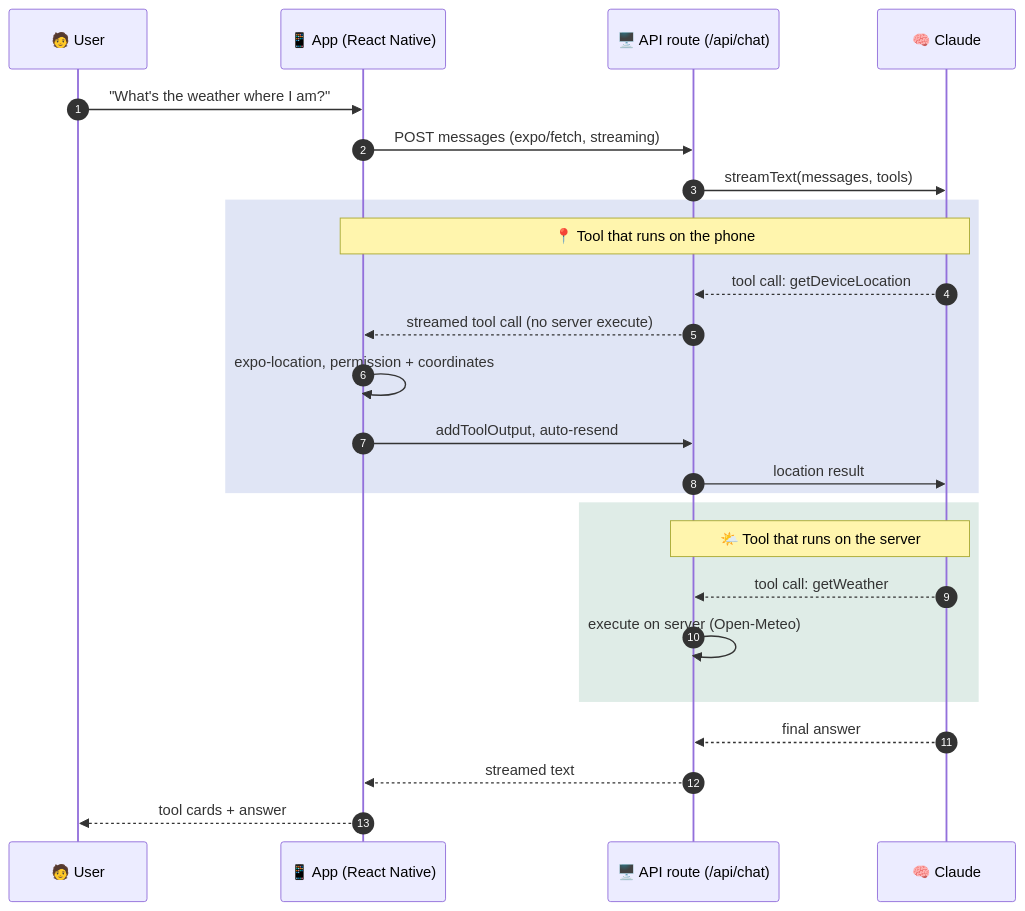
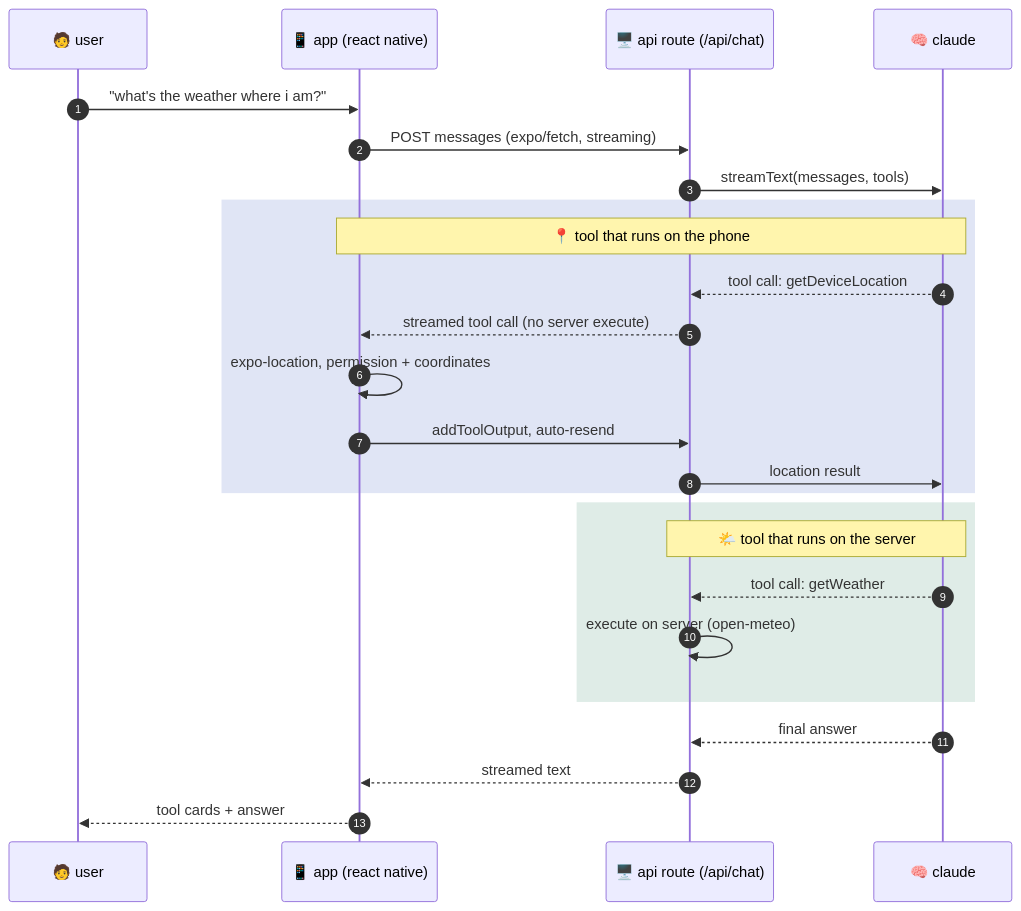
Before and after one commit to firmoholanda/ai-in-the-app: the diagram in README.md, drawn with Mermaid. The commit also changed other lines of this file, not shown here.

````diff
--- a/README.md
+++ b/README.md
@@ -62,31 +62,31 @@
 ```mermaid
 sequenceDiagram
   autonumber
-  participant U as 🧑 User
-  participant A as 📱 App (React Native)
-  participant R as 🖥️ API route (/api/chat)
-  participant M as 🧠 Claude
+  participant U as 🧑 user
+  participant A as 📱 app (react native)
+  participant R as 🖥️ api route (/api/chat)
+  participant M as 🧠 claude
 
-  U->>A: "What's the weather where I am?"
+  U->>A: "what's the weather where i am?"
   A->>R: POST messages (expo/fetch, streaming)
   R->>M: streamText(messages, tools)
 
   rect rgba(36, 71, 184, 0.14)
-    Note over A,M: 📍 Tool that runs on the phone
+    Note over A,M: 📍 tool that runs on the phone
     M-->>R: tool call: getDeviceLocation
     R-->>A: streamed tool call (no server execute)
     A->>A: expo-location, permission + coordinates
     A->>R: addToolOutput, auto-resend
     R->>M: location result
   end
 
   rect rgba(30, 122, 85, 0.14)
-    Note over R,M: 🌤️ Tool that runs on the server
+    Note over R,M: 🌤️ tool that runs on the server
     M-->>R: tool call: getWeather
-    R->>R: execute on server (Open-Meteo)
+    R->>R: execute on server (open-meteo)
   end
 
   M-->>R: final answer
   R-->>A: streamed text
   A-->>U: tool cards + answer
 ```
````
